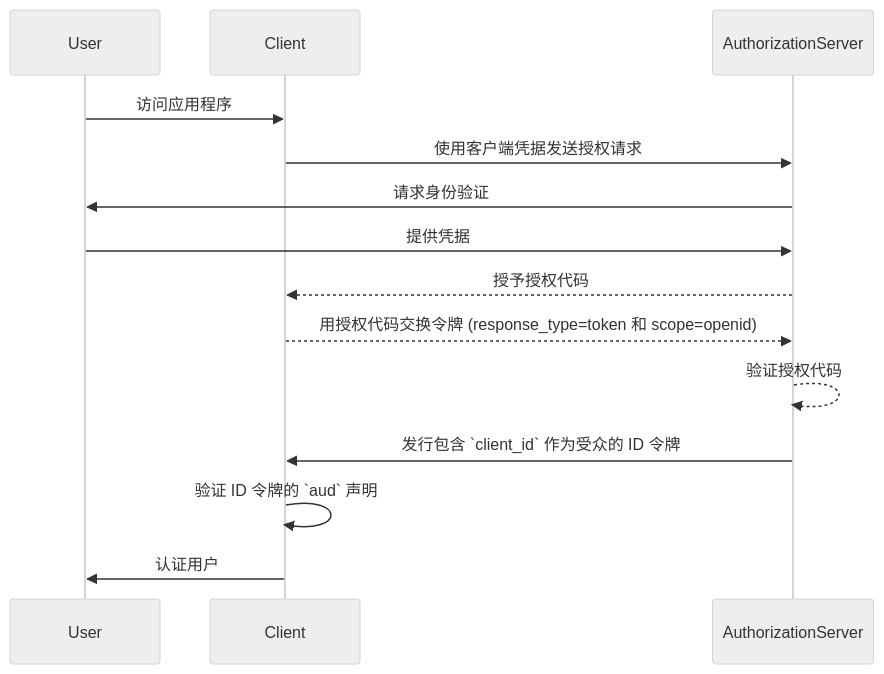
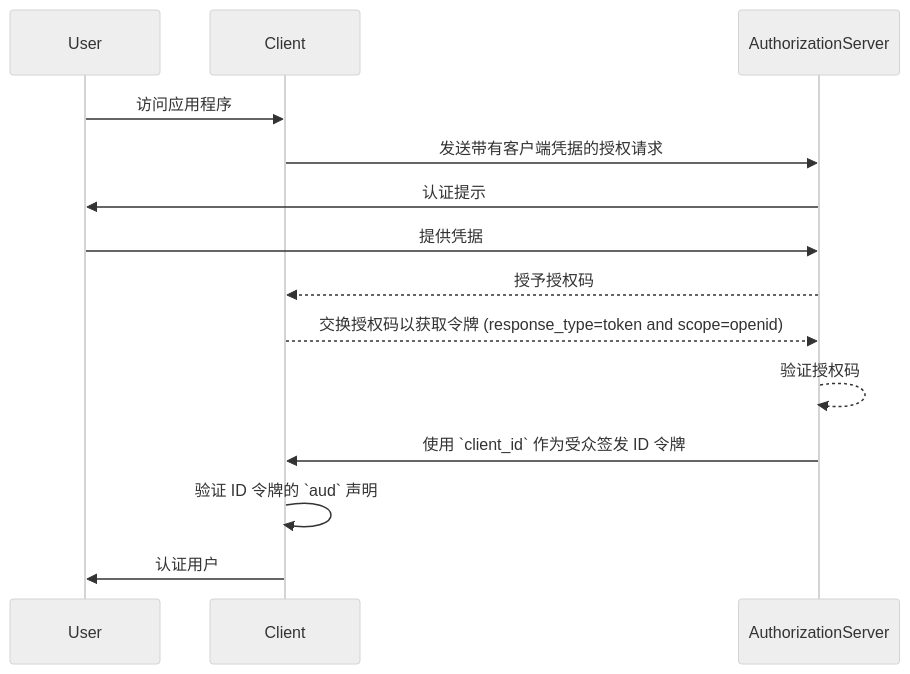
One commit to logto-io/auth-wiki changed the first of 2 diagrams in src/content/terms/zh/audience.mdx. Above: the diagram before and after it, drawn with Mermaid (neutral theme). The commit also changed other lines of this file and 48 other files, not shown here.

````diff
--- a/src/content/terms/zh/audience.mdx
+++ b/src/content/terms/zh/audience.mdx
@@ -49,17 +49,17 @@
 ```mermaid
 sequenceDiagram
     participant User
     participant Client
     participant AuthorizationServer
 
     User->>Client: 访问应用程序
-    Client->>AuthorizationServer: 使用客户端凭据发送授权请求
-    AuthorizationServer->>User: 请求身份验证
+    Client->>AuthorizationServer: 发送带有客户端凭据的授权请求
+    AuthorizationServer->>User: 认证提示
     User->>AuthorizationServer: 提供凭据
-    AuthorizationServer-->>Client: 授予授权代码
-    Client-->>AuthorizationServer: 用授权代码交换令牌 (response_type=token 和 scope=openid)
-    AuthorizationServer-->>AuthorizationServer: 验证授权代码
-    AuthorizationServer->>Client: 发行包含 `client_id` 作为受众的 ID 令牌
+    AuthorizationServer-->>Client: 授予授权码
+    Client-->>AuthorizationServer: 交换授权码以获取令牌 (response_type=token and scope=openid)
+    AuthorizationServer-->>AuthorizationServer: 验证授权码
+    AuthorizationServer->>Client: 使用 `client_id` 作为受众签发 ID 令牌
     Client->> Client: 验证 ID 令牌的 `aud` 声明
     Client->>User: 认证用户
 ```
````
